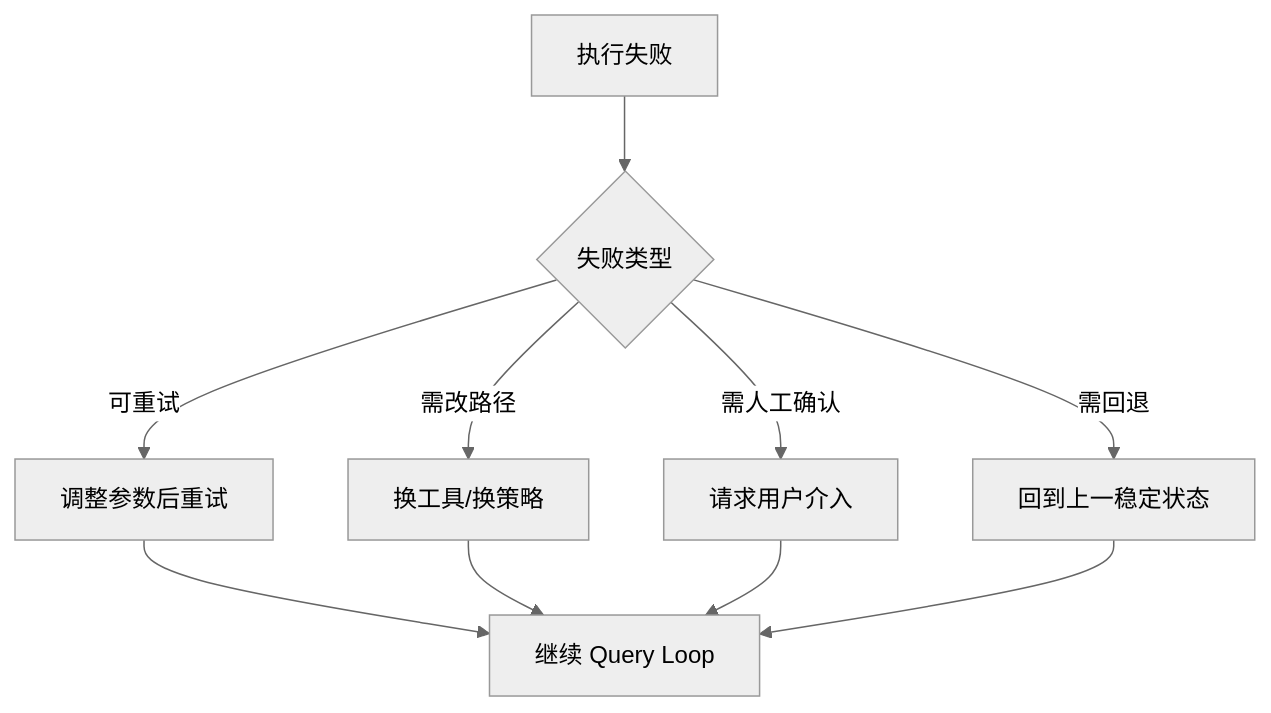
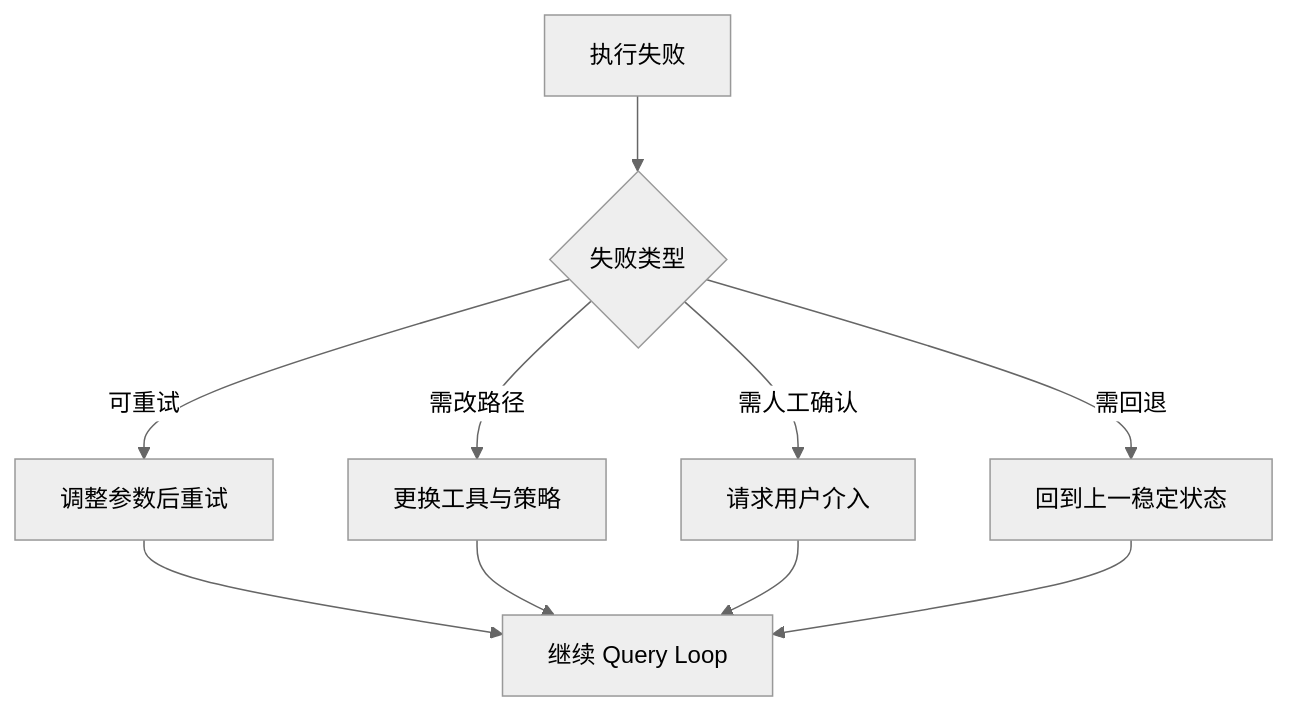
One commit to xiaoqianbaobao/ai-guide changed the fifth of 6 diagrams in docs/05-tools-frameworks/harness-design.md. Above: the diagram before and after it, drawn with Mermaid (neutral theme). The commit also changed other lines of this file and 14 other files, not shown here.

Commit message:
修复前端mermaid语法错误问题

````diff
--- a/docs/05-tools-frameworks/harness-design.md
+++ b/docs/05-tools-frameworks/harness-design.md
@@ -261,12 +261,12 @@
 ```mermaid
 flowchart TD
     A[执行失败] --> B{失败类型}
     B -->|可重试| C[调整参数后重试]
-    B -->|需改路径| D[换工具/换策略]
+    B -->|需改路径| D[更换工具与策略]
     B -->|需人工确认| E[请求用户介入]
     B -->|需回退| F[回到上一稳定状态]
     C --> G[继续 Query Loop]
     D --> G
     E --> G
     F --> G
 ```
````
